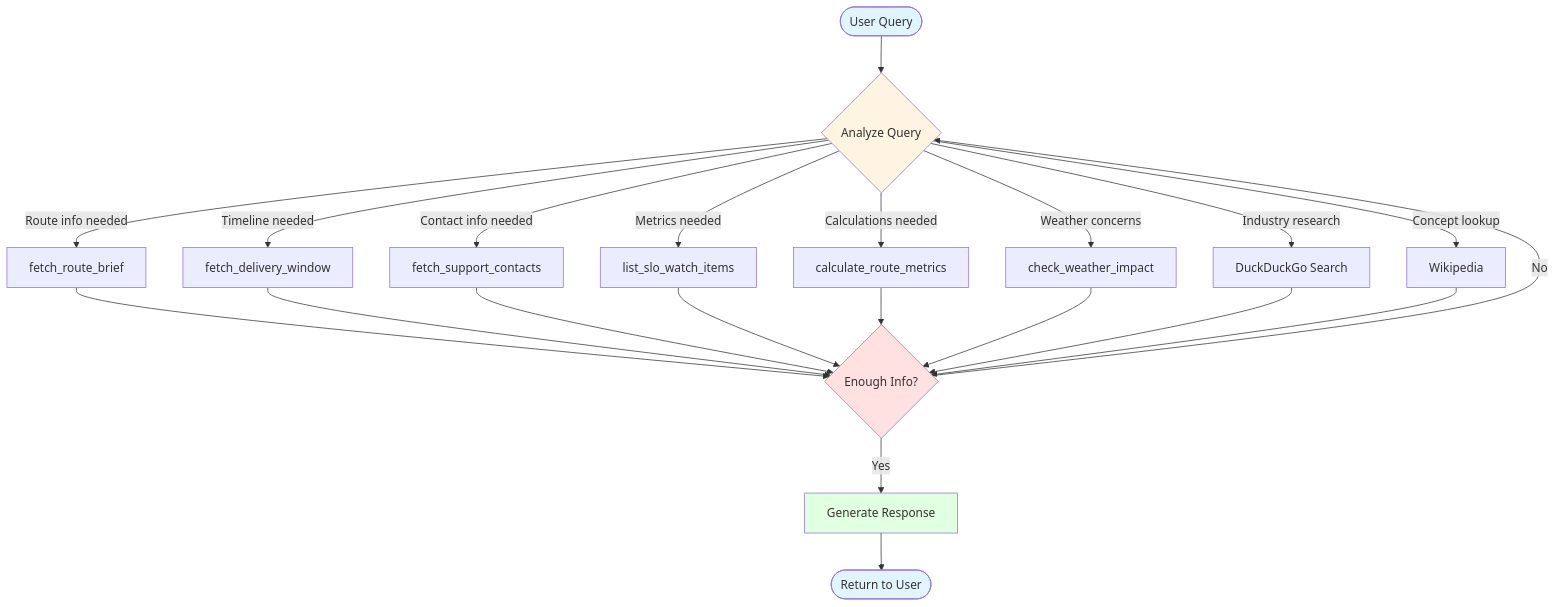
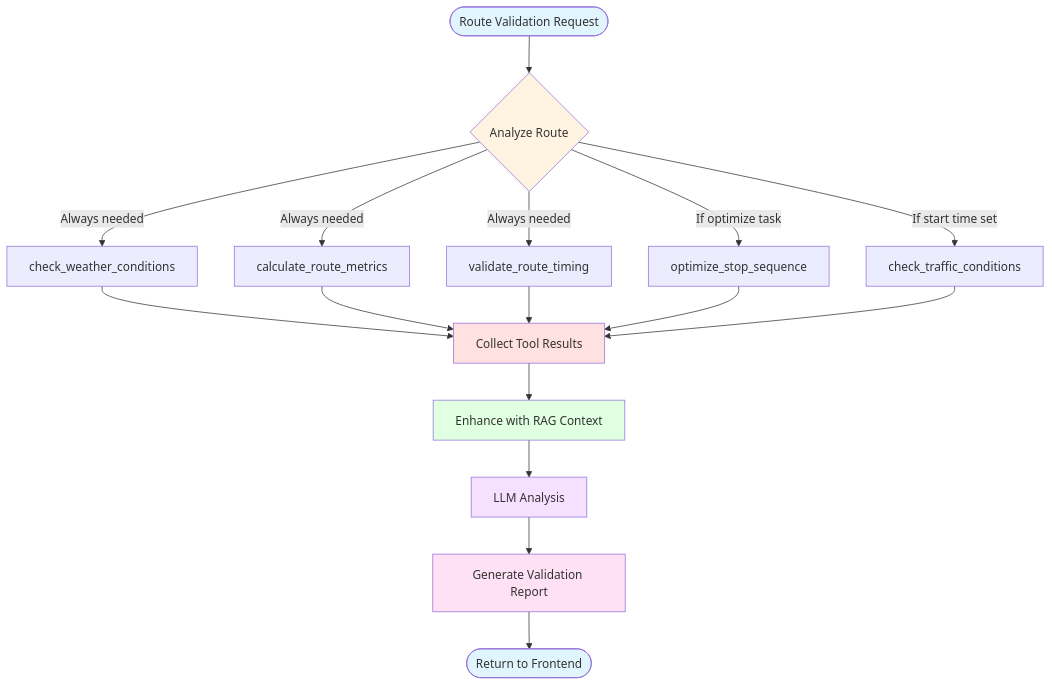
One commit to ahmedelagamy132/aiinweb-project changed the third of 3 diagrams in logistics-route-planner/AGENT_DIAGRAM.md. Above: the diagram before and after it, drawn with Mermaid. The commit also changed other lines of this file and 5 other files, not shown here.

````diff
--- a/logistics-route-planner/AGENT_DIAGRAM.md
+++ b/logistics-route-planner/AGENT_DIAGRAM.md
@@ -132,32 +120,29 @@
 ```mermaid
 flowchart TD
-    Start([User Query]) --> Parse{Analyze Query}
+    Start([Route Validation Request]) --> Parse{Analyze Route}
     
-    Parse -->|Route info needed| T1[fetch_route_brief]
-    Parse -->|Timeline needed| T2[fetch_delivery_window]
-    Parse -->|Contact info needed| T3[fetch_support_contacts]
-    Parse -->|Metrics needed| T4[list_slo_watch_items]
-    Parse -->|Calculations needed| T5[calculate_route_metrics]
-    Parse -->|Weather concerns| T6[check_weather_impact]
-    Parse -->|Industry research| T7[DuckDuckGo Search]
-    Parse -->|Concept lookup| T8[Wikipedia]
+    Parse -->|Always needed| T1[check_weather_conditions]
+    Parse -->|Always needed| T2[calculate_route_metrics]
+    Parse -->|Always needed| T3[validate_route_timing]
+    Parse -->|If optimize task| T4[optimize_stop_sequence]
+    Parse -->|If start time set| T5[check_traffic_conditions]
     
-    T1 --> Analyze{Enough Info?}
-    T2 --> Analyze
-    T3 --> Analyze
-    T4 --> Analyze
-    T5 --> Analyze
-    T6 --> Analyze
-    T7 --> Analyze
-    T8 --> Analyze
+    T1 --> Collect[Collect Tool Results]
+    T2 --> Collect
+    T3 --> Collect
+    T4 --> Collect
+    T5 --> Collect
     
-    Analyze -->|No| Parse
-    Analyze -->|Yes| Generate[Generate Response]
-    Generate --> End([Return to User])
+    Collect --> RAG[Enhance with RAG Context]
+    RAG --> LLM[LLM Analysis]
+    LLM --> Generate[Generate Validation Report]
+    Generate --> End([Return to Frontend])
     
     style Start fill:#e1f5ff
     style Parse fill:#fff4e1
-    style Analyze fill:#ffe1e1
-    style Generate fill:#e1ffe1
+    style Collect fill:#ffe1e1
+    style RAG fill:#e1ffe1
+    style LLM fill:#f5e1ff
+    style Generate fill:#ffe1f5
     style End fill:#e1f5ff
 ```
````
